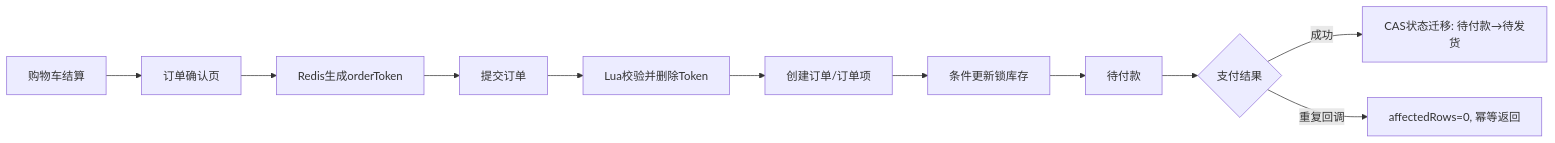
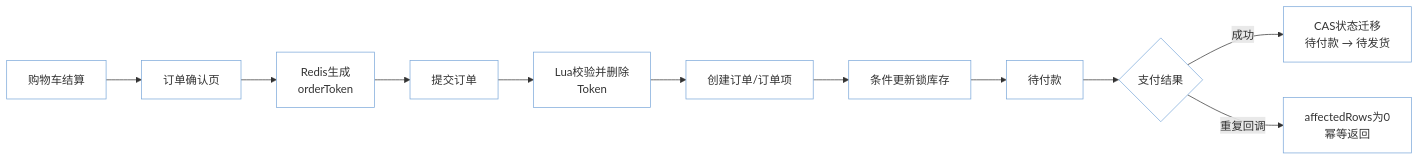
One commit to liangyingde007/3c-mall-trade-system changed the first of 4 diagrams in README.md. Above: the diagram before and after it, drawn with Mermaid. The commit also changed other lines of this file and 1 other file, not shown here.

Commit message:
docs: improve README with architecture and mermaid diagrams

````diff
--- a/README.md
+++ b/README.md
@@ -36,13 +58,29 @@
-```mermaid
+``` mermaid
 flowchart LR
-    A[购物车结算] --> B[订单确认页]
-    B --> C[Redis生成orderToken]
-    C --> D[提交订单]
-    D --> E[Lua校验并删除Token]
-    E --> F[创建订单/订单项]
-    F --> G[条件更新锁库存]
-    G --> H[待付款]
-    H --> I{支付结果}
-    I -->|成功| J[CAS状态迁移: 待付款→待发货]
-    I -->|重复回调| K[affectedRows=0, 幂等返回]
+
+classDef box fill:#ffffff,stroke:#7aa7d9,stroke-width:1px,color:#333;
+classDef decision fill:#ffffff,stroke:#7aa7d9,stroke-width:1px,color:#333;
+
+A[购物车结算] --> B[订单确认页]
+
+B --> C[Redis生成<br/>orderToken]
+
+C --> D[提交订单]
+
+D --> E[Lua校验并删除<br/>Token]
+
+E --> F[创建订单/订单项]
+
+F --> G[条件更新锁库存]
+
+G --> H[待付款]
+
+H --> I{支付结果}
+
+I -->|成功| J[CAS状态迁移<br/>待付款 → 待发货]
+
+I -->|重复回调| K[affectedRows为0<br/>幂等返回]
+
+class A,B,C,D,E,F,G,H,J,K box;
+class I decision;
 ```
````
